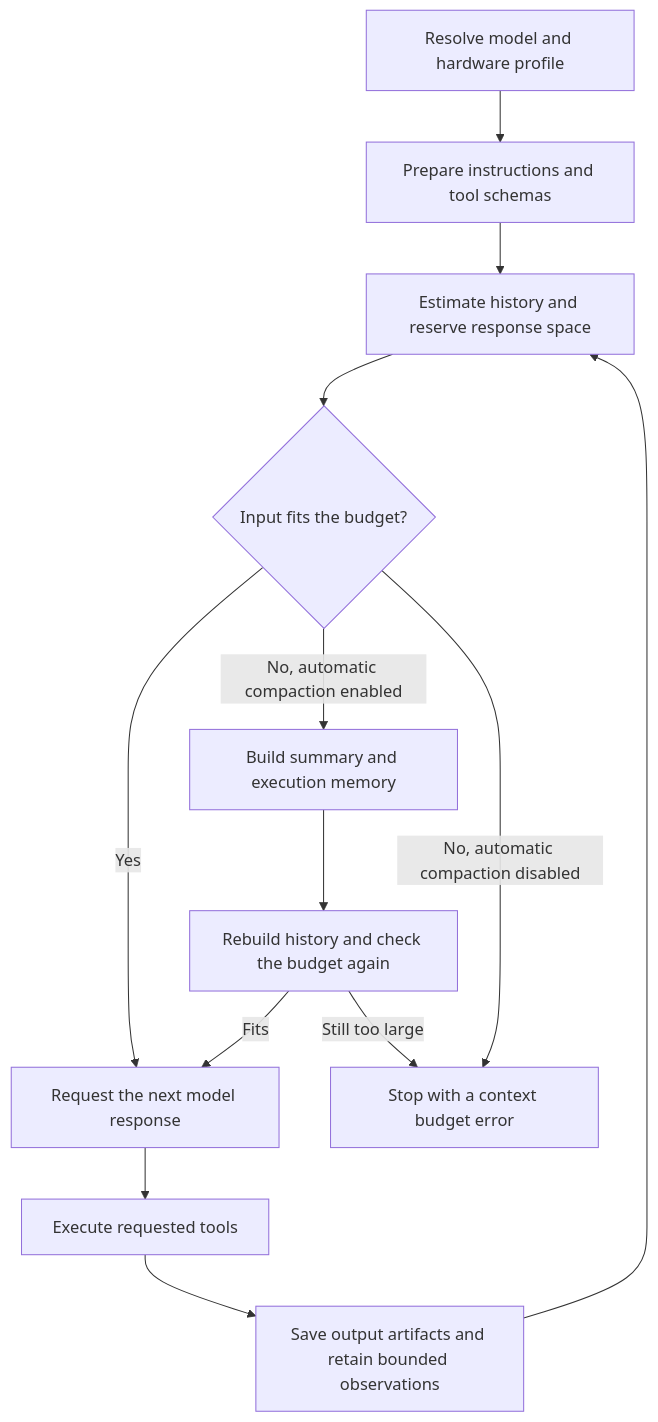
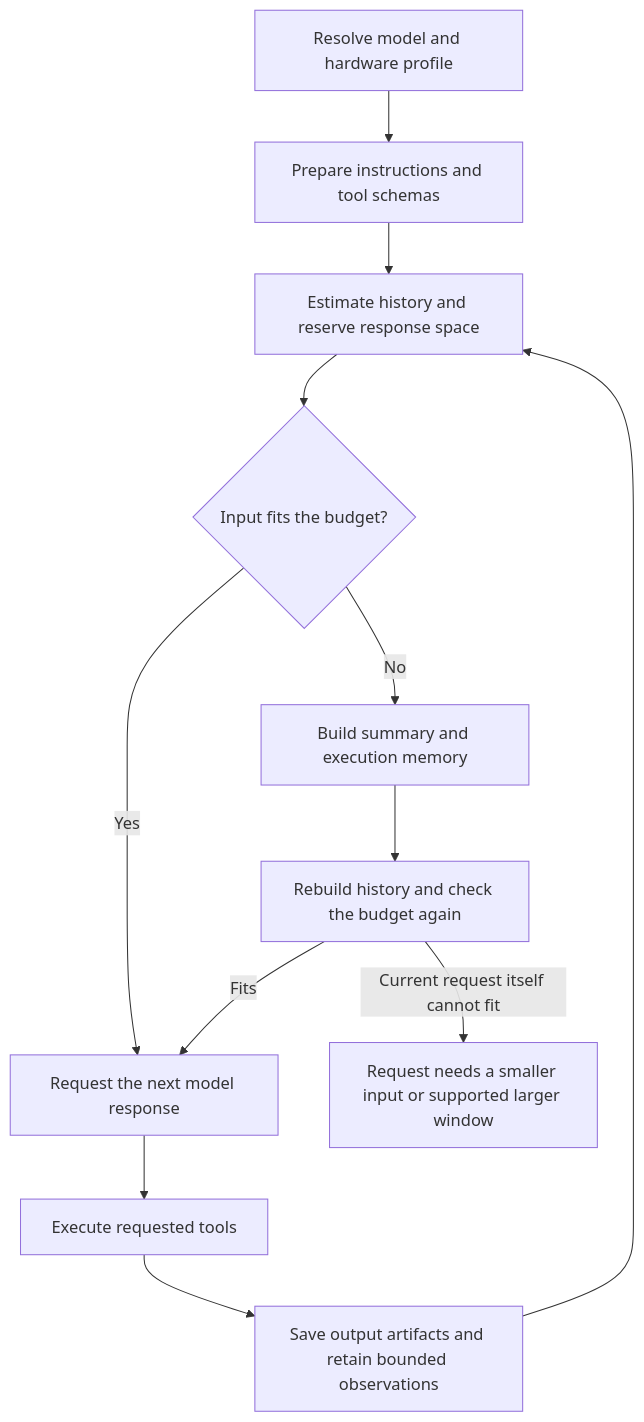
Before and after one commit to 0v3rf3ar/Eirene: the diagram in docs/context-shifting.md, drawn with Mermaid. The commit also changed other lines of this file and 37 other files, not shown here.

````diff
--- a/docs/context-shifting.md
+++ b/docs/context-shifting.md
@@ -18,15 +18,14 @@
 ```mermaid
 flowchart TD
     A[Resolve model and hardware profile] --> B[Prepare instructions and tool schemas]
     B --> C[Estimate history and reserve response space]
     C --> D{Input fits the budget?}
     D -->|Yes| E[Request the next model response]
-    D -->|No, automatic compaction enabled| F[Build summary and execution memory]
-    D -->|No, automatic compaction disabled| X[Stop with a context budget error]
+    D -->|No| F[Build summary and execution memory]
     F --> G[Rebuild history and check the budget again]
     G -->|Fits| E
-    G -->|Still too large| X
+    G -->|Current request itself cannot fit| X[Request needs a smaller input or supported larger window]
     E --> H[Execute requested tools]
     H --> I[Save output artifacts and retain bounded observations]
     I --> C
 ```
````
